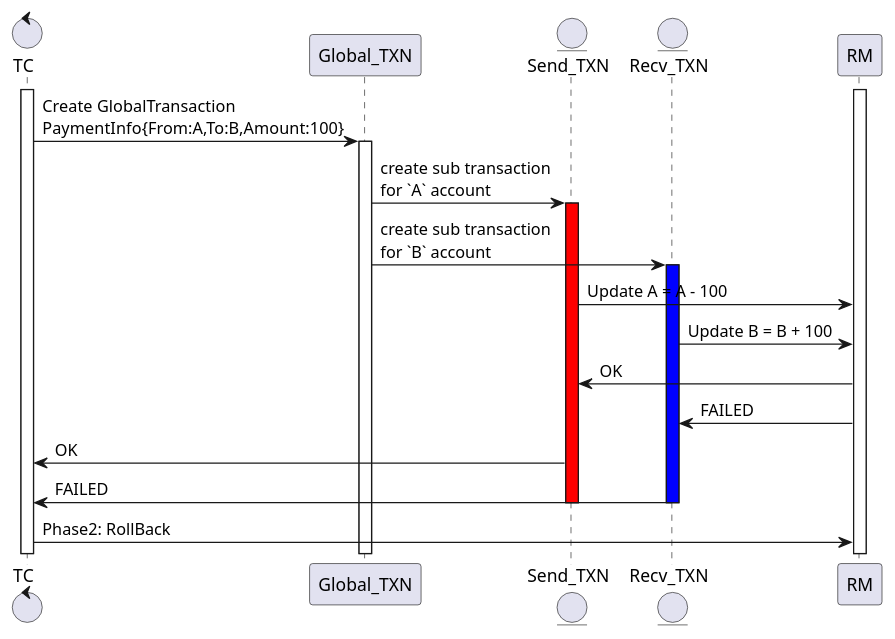
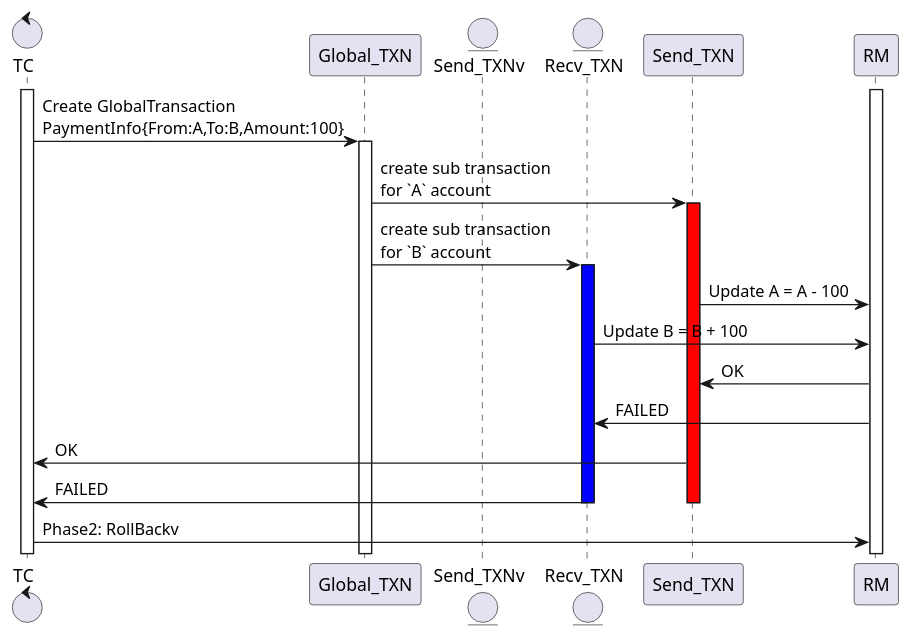
One commit to nminhquan/account-system changed diagram 13 of 13 in README.md. Above: the diagram before and after it, drawn with PlantUML. The commit also changed other lines of this file and 1 other file, not shown here.

````diff
--- a/README.md
+++ b/README.md
@@ -296,30 +469,30 @@
 ```plantuml
 @startumls
 control TC
 activate TC
 activate RM
 TC -> Global_TXN: Create GlobalTransaction\nPaymentInfo{From:A,To:B,Amount:100}
 activate Global_TXN
 
-entity Send_TXN
+entity Send_TXNv
 entity Recv_TXN
 
 Global_TXN -> Send_TXN: create sub transaction\nfor `A` account
 activate Send_TXN #red
 
 Global_TXN -> Recv_TXN: create sub transaction\nfor `B` account
 activate Recv_TXN #blue
 control RM
 
 Send_TXN -> RM: Update A = A - 100
 Recv_TXN -> RM: Update B = B + 100
 RM -> Send_TXN: OK
 RM -> Recv_TXN: FAILED
 Send_TXN -> TC: OK
 Recv_TXN -> TC: FAILED
 deactivate Send_TXN
 deactivate Recv_TXN
 
-TC -> RM: Phase2: RollBack
+TC -> RM: Phase2: RollBackv
 @enduml
 ```
````
